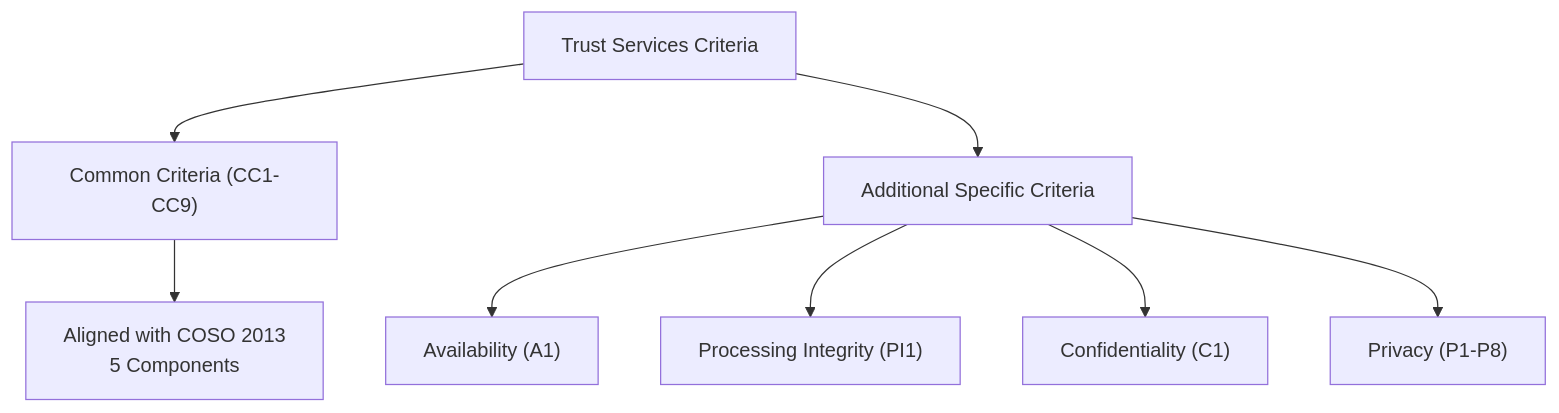
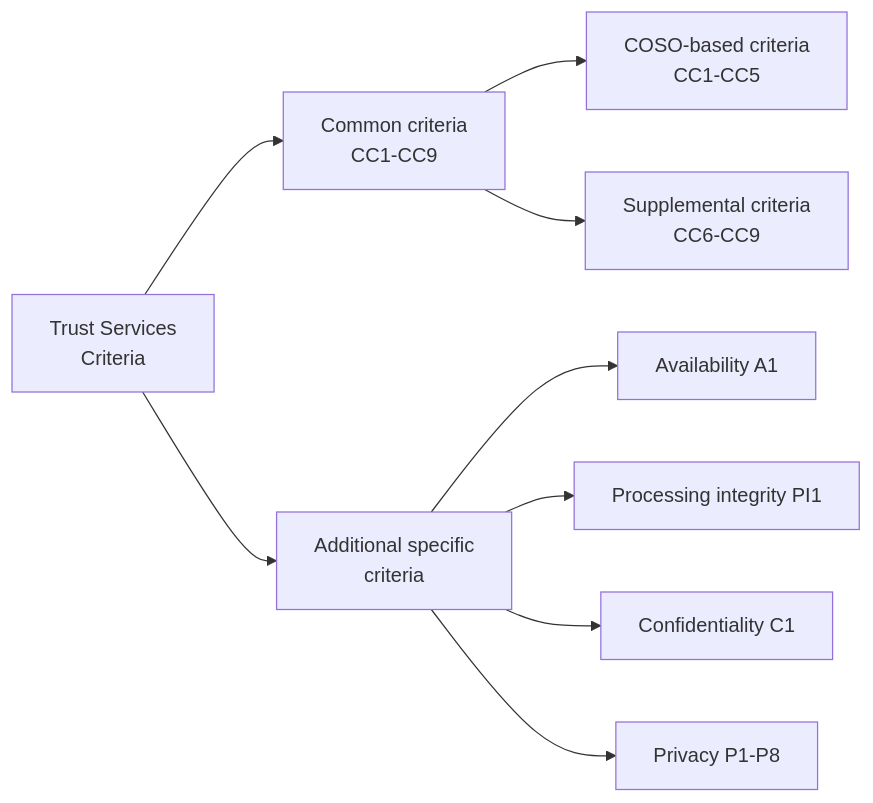
The diagram in docs/isc/soc-engagements/planning-and-performing-soc-engagements.md (subwaymatch/cpabear-book), drawn with Mermaid before and after one commit. The commit also changed other lines of this file and 204 other files, not shown here.

First line of the commit message:
Update the book for the 2027 CPA Exam Blueprints, fix dark-mode diagrams, add diagram zoom (#49)

````diff
--- a/docs/isc/soc-engagements/planning-and-performing-soc-engagements.md
+++ b/docs/isc/soc-engagements/planning-and-performing-soc-engagements.md
@@ -48,10 +58,11 @@
 ```mermaid
-graph TD
-    A["Trust Services Criteria"] --> B["Common Criteria (CC1-CC9)"]
-    A --> C["Additional Specific Criteria"]
-    B --> B1["Aligned with COSO 2013<br/>5 Components"]
-    C --> C1["Availability (A1)"]
-    C --> C2["Processing Integrity (PI1)"]
-    C --> C3["Confidentiality (C1)"]
-    C --> C4["Privacy (P1-P8)"]
+graph LR
+    A["Trust Services<br/>Criteria"] --> B["Common criteria<br/>CC1-CC9"]
+    A --> C["Additional specific<br/>criteria"]
+    B --> B1["COSO-based criteria<br/>CC1-CC5"]
+    B --> B2["Supplemental criteria<br/>CC6-CC9"]
+    C --> C1["Availability A1"]
+    C --> C2["Processing integrity PI1"]
+    C --> C3["Confidentiality C1"]
+    C --> C4["Privacy P1-P8"]
 ```
````
